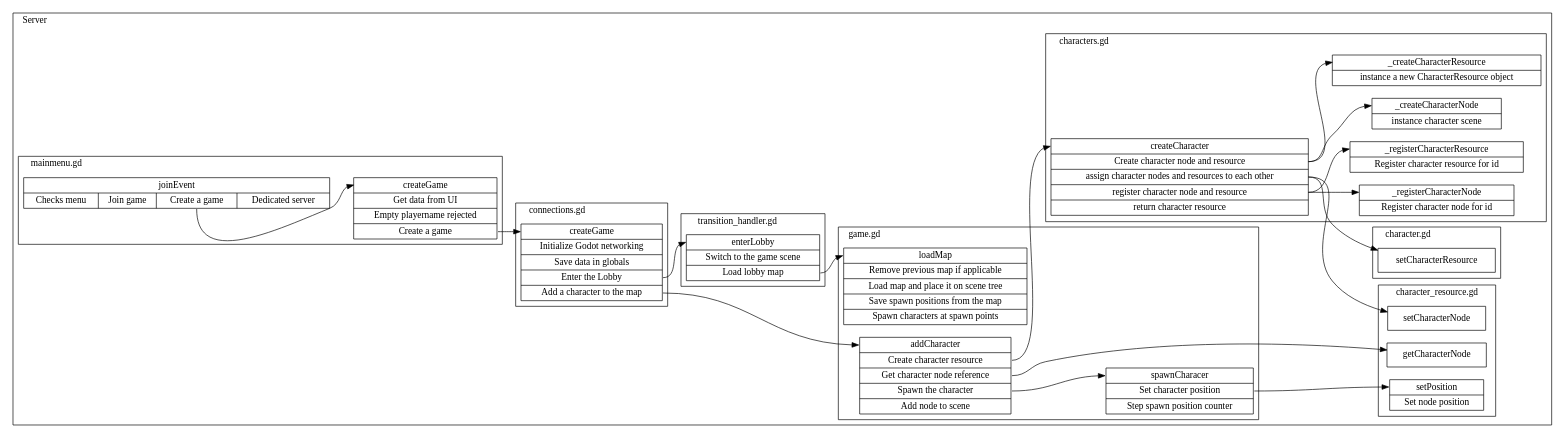
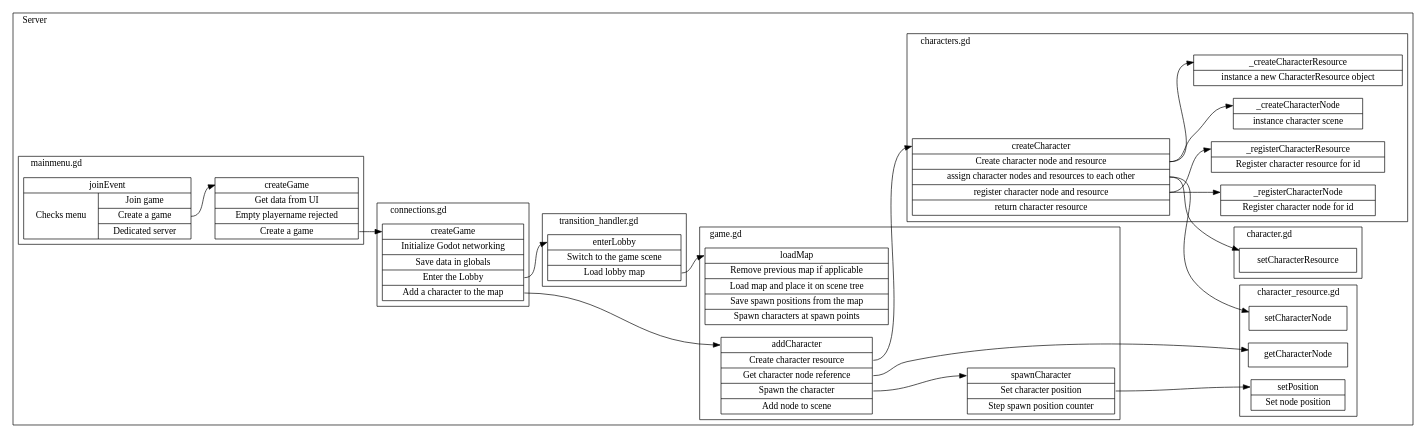
Before and after one commit to opensuspect/opensuspect: the diagram in misc/controlflow/create and join/create.dot, drawn with Graphviz. The commit also changed 8 other files, not shown here.

Commit message:
corrected typos and previous control flow graphs

```diff
--- a/misc/controlflow/create and join/create.dot
+++ b/misc/controlflow/create and join/create.dot
@@ -1,116 +1,116 @@
 digraph controlflow {
     rankdir="LR";
     subgraph cluster_client1 {
         label="Client 1"; labeljust="l";
 
     }
     subgraph cluster_server {
         label="Server"; labeljust="l";
         subgraph cluster_server_character_resource {
             label="character_resource.gd"; labeljust="l";
             server_character_resource_getCharacterNode [
                 label="<begin>getCharacterNode"
                 shape="record"
             ]
             server_character_resource_setCharacterNode [
                 label="<begin>setCharacterNode"
                 shape="record"
             ]
             server_character_resource_setPosition [
                 label="<begin>setPosition | <f0> Set node position "
                 shape="record"
             ]
         }
         subgraph cluster_server_game {
             label="game.gd"; labeljust="l";
             server_game_loadMap [
                 label="<begin>loadMap | {<f0> Remove previous map if applicable } | <f1> Load map and place it on scene tree  | <f2> Save spawn positions from the map  | <f3> Spawn characters at spawn points "
                 shape="record"
             ]
             server_game_addCharacter [
                 label="<begin>addCharacter | <f0> Create character resource  | <f1> Get character node reference  | <f2> Spawn the character  | <f3> Add node to scene "
                 shape="record"
             ]
-            server_game_spawnCharacer [
-                label="<begin>spawnCharacer | <f0> Set character position  | <f1> Step spawn position counter "
+            server_game_spawnCharacter [
+                label="<begin>spawnCharacter | <f0> Set character position  | <f1> Step spawn position counter "
                 shape="record"
             ]
         }
         subgraph cluster_server_character {
             label="character.gd"; labeljust="l";
             server_character_setCharacterResource [
                 label="<begin>setCharacterResource"
                 shape="record"
             ]
         }
         subgraph cluster_server_transition_handler {
             label="transition_handler.gd"; labeljust="l";
             server_transition_handler_enterLobby [
                 label="<begin>enterLobby | <f0> Switch to the game scene  | <f1> Load lobby map "
                 shape="record"
             ]
         }
         subgraph cluster_server_connections {
             label="connections.gd"; labeljust="l";
             server_connections_createGame [
                 label="<begin>createGame | <f0> Initialize Godot networking  | <f1> Save data in globals  | <f2> Enter the Lobby  | <f3> Add a character to the map "
                 shape="record"
             ]
         }
         subgraph cluster_server_characters {
             label="characters.gd"; labeljust="l";
             server_characters_createCharacter [
                 label="<begin>createCharacter | <f0> Create character node and resource  | <f1> assign character nodes and resources to each other  | <f2> register character node and resource  | <f3> return character resource "
                 shape="record"
             ]
             server_characters__createCharacterNode [
                 label="<begin>_createCharacterNode | <f0> instance character scene "
                 shape="record"
             ]
             server_characters__createCharacterResource [
                 label="<begin>_createCharacterResource | <f0> instance a new CharacterResource object "
                 shape="record"
             ]
             server_characters__registerCharacterNode [
                 label="<begin>_registerCharacterNode | <f0> Register character node for id "
                 shape="record"
             ]
             server_characters__registerCharacterResource [
                 label="<begin>_registerCharacterResource | <f0> Register character resource for id "
                 shape="record"
             ]
         }
         subgraph cluster_server_mainmenu {
             label="mainmenu.gd"; labeljust="l";
             server_mainmenu_createGame [
                 label="<begin>createGame | <f0> Get data from UI  | {<f1> Empty playername rejected } | <f2> Create a game "
                 shape="record"
             ]
             server_mainmenu_joinEvent [
-                label="<begin>joinEvent | {<f0> Checks menu  | <f1> Join game  | <f2> Create a game  | <f3> Dedicated server }"
+                label="<begin>joinEvent | {<f0> Checks menu  |  { <f1> Join game  | <f2> Create a game  | <f3> Dedicated server  } }"
                 shape="record"
             ]
         }
 
     }
     subgraph cluster_client2 {
         label="Client 2"; labeljust="l";
 
     }
 
     server_mainmenu_joinEvent:f2 -> server_mainmenu_createGame:begin;
     server_mainmenu_createGame:f2 -> server_connections_createGame:begin;
     server_connections_createGame:f2 -> server_transition_handler_enterLobby:begin;
     server_transition_handler_enterLobby:f1 -> server_game_loadMap:begin;
-    server_game_spawnCharacer:f0 -> server_character_resource_setPosition:begin;
     server_connections_createGame:f3 -> server_game_addCharacter:begin;
     server_game_addCharacter:f0 -> server_characters_createCharacter:begin;
     server_characters_createCharacter:f0 -> server_characters__createCharacterNode:begin;
     server_characters_createCharacter:f0 -> server_characters__createCharacterResource:begin;
     server_characters_createCharacter:f1 -> server_character_setCharacterResource:begin;
     server_characters_createCharacter:f1 -> server_character_resource_setCharacterNode:begin;
     server_characters_createCharacter:f2 -> server_characters__registerCharacterNode:begin;
     server_characters_createCharacter:f2 -> server_characters__registerCharacterResource:begin;
     server_game_addCharacter:f1 -> server_character_resource_getCharacterNode:begin;
-    server_game_addCharacter:f2 -> server_game_spawnCharacer:begin;
+    server_game_addCharacter:f2 -> server_game_spawnCharacter:begin;
+    server_game_spawnCharacter:f0 -> server_character_resource_setPosition:begin;
 }
```
